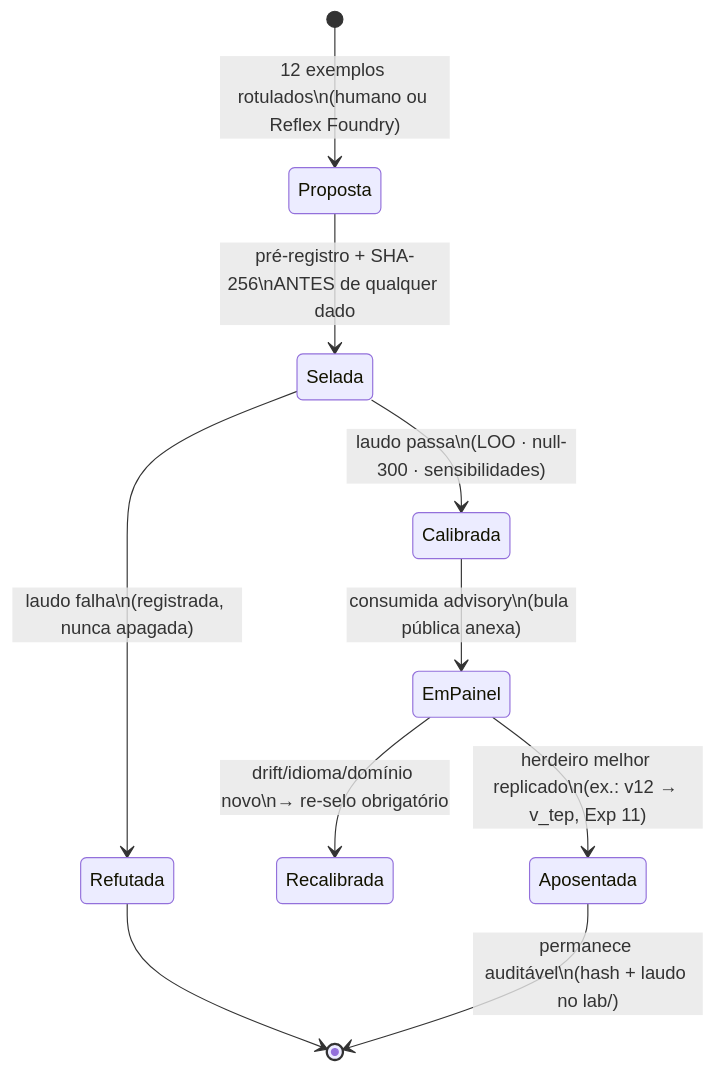
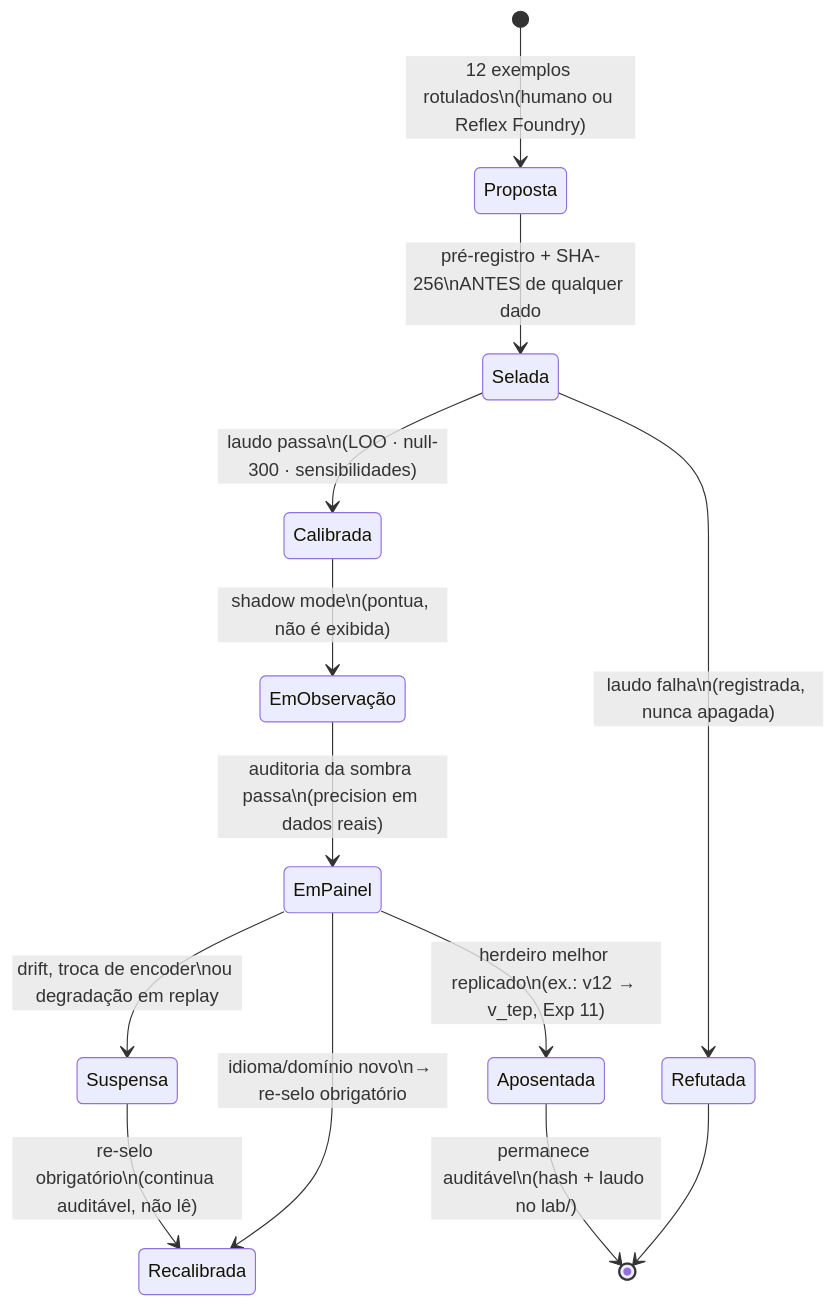
The fourth of 4 diagrams in docs/UML.md (maxkle1nz/synt0ny), drawn with Mermaid before and after one commit. The commit also changed 2 other files, not shown here.

Commit message:
Incorporate external review: advisory naming, honest determinism, wire-format governance
Six integral accepts turned into diffs: qualified product name; RNF2
rewritten as per-profile sealed reproducibility (bitwise only where
certified — our measured delta 0.0 was intra-profile, Metal-vs-ROCm
equality never tested and not promised); separate latency SLOs
including IPC/spawn/contention as first-class costs; RF9 purification
applicability policy with declared abstention; RF10 measurement
envelope with allowed/forbidden actions (v0 at T0, full provenance v1
at T2); dial lifecycle gains EmObservacao (shadow) and Suspensa
(drift) states. Two house nuances recorded in docs/reviews/: the
originality is protocol times zero-cost (the product, not either
alone), and full provenance at T0 would kill the T0 — adoption is
sequenced, not swallowed.

````diff
--- a/docs/UML.md
+++ b/docs/UML.md
@@ -80,12 +80,15 @@
 ```mermaid
 stateDiagram-v2
     [*] --> Proposta: 12 exemplos rotulados\n(humano ou Reflex Foundry)
     Proposta --> Selada: pré-registro + SHA-256\nANTES de qualquer dado
     Selada --> Calibrada: laudo passa\n(LOO · null-300 · sensibilidades)
     Selada --> Refutada: laudo falha\n(registrada, nunca apagada)
-    Calibrada --> EmPainel: consumida advisory\n(bula pública anexa)
-    EmPainel --> Recalibrada: drift/idioma/domínio novo\n→ re-selo obrigatório
+    Calibrada --> EmObservação: shadow mode\n(pontua, não é exibida)
+    EmObservação --> EmPainel: auditoria da sombra passa\n(precision em dados reais)
+    EmPainel --> Suspensa: drift, troca de encoder\nou degradação em replay
+    Suspensa --> Recalibrada: re-selo obrigatório\n(continua auditável, não lê)
+    EmPainel --> Recalibrada: idioma/domínio novo\n→ re-selo obrigatório
     EmPainel --> Aposentada: herdeiro melhor replicado\n(ex.: v12 → v_tep, Exp 11)
     Refutada --> [*]
     Aposentada --> [*]: permanece auditável\n(hash + laudo no lab/)
 ```
````
